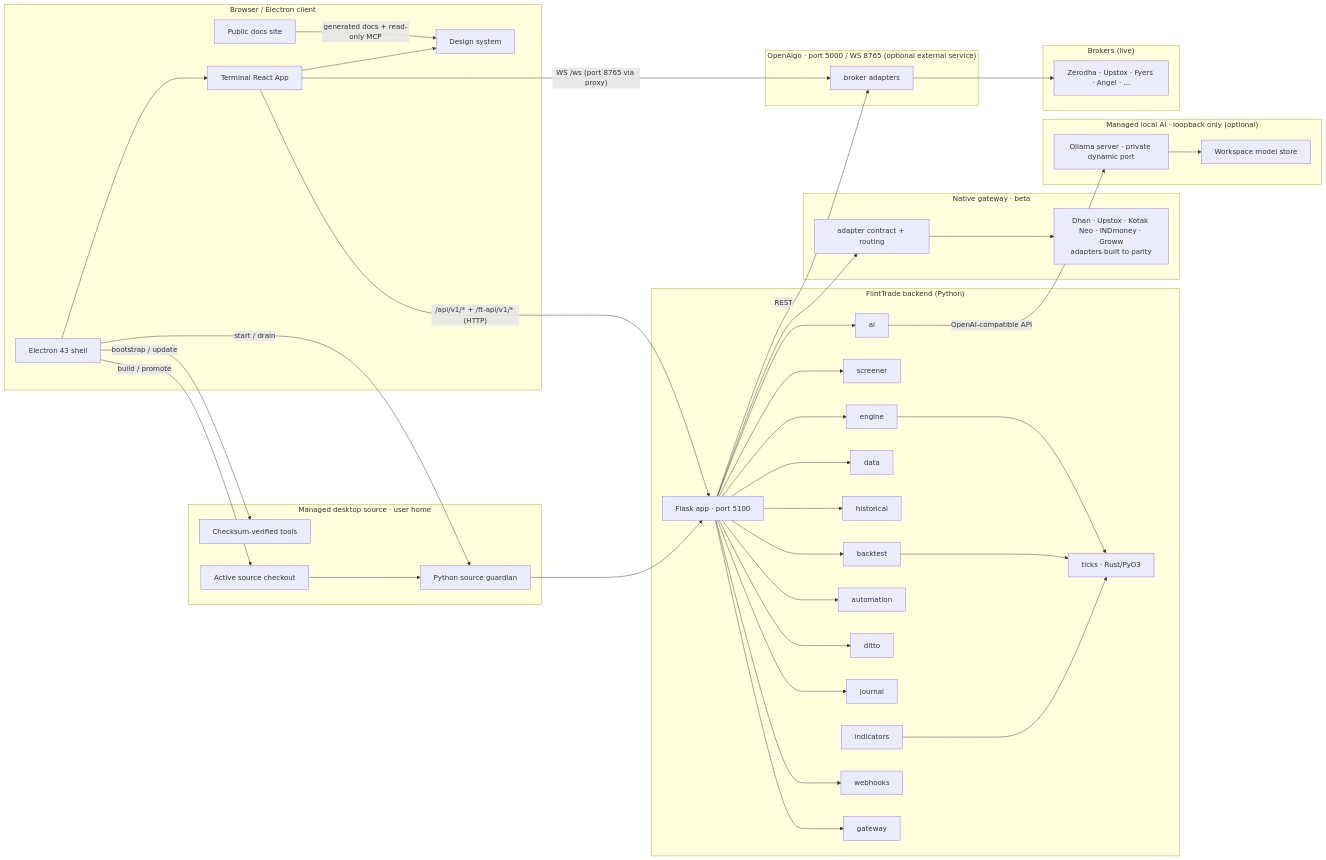
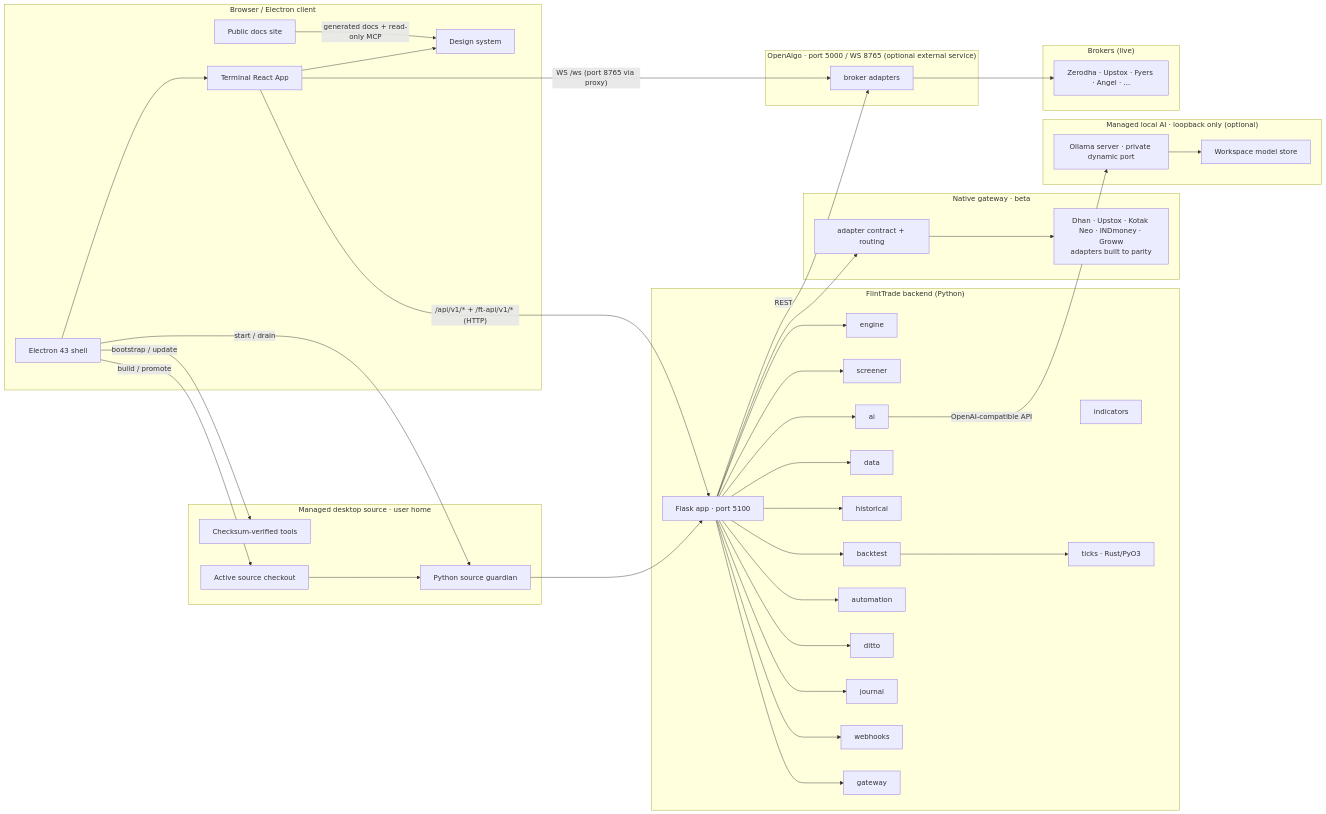
One commit to navaneeshnagarajan/FlintTrade changed the first of 5 diagrams in docs/ARCHITECTURE.md. Above: the diagram before and after it, drawn with Mermaid. The commit also changed other lines of this file and 6 other files, not shown here.

````diff
--- a/docs/ARCHITECTURE.md
+++ b/docs/ARCHITECTURE.md
@@ -18,81 +18,79 @@
 ```mermaid
 flowchart LR
     subgraph Clients["Browser / Electron client"]
         T[Terminal React App]
         DESKTOP[Electron 43 shell]
         SITE[Public docs site]
         DS[Design system]
         DESKTOP --> T
     end
 
     subgraph ManagedDesktop["Managed desktop source · user home"]
         TOOLS[Checksum-verified tools]
         SOURCE[Active source checkout]
         GUARDIAN[Python source guardian]
         DESKTOP -- "bootstrap / update" --> TOOLS
         DESKTOP -- "build / promote" --> SOURCE
         DESKTOP -- "start / drain" --> GUARDIAN
         SOURCE --> GUARDIAN
     end
 
     subgraph Backend["FlintTrade backend (Python)"]
         F[Flask app · port 5100]
         E[engine]
         S[screener]
         AI[ai]
         D[data]
         H[historical]
         BT[backtest]
         AUT[automation]
         DIT[ditto]
         JNL[journal]
         IND[indicators]
         ING[webhooks]
         GW[gateway]
         TICK[ticks · Rust/PyO3]
     end
 
     subgraph NativeGateway["Native gateway · beta"]
         NGA[adapter contract + routing]
         DHAN[Dhan · Upstox · Kotak Neo · INDmoney · Groww<br/>adapters built to parity]
     end
 
     subgraph OpenAlgo["OpenAlgo · port 5000 / WS 8765 (optional external service)"]
         OA[broker adapters]
     end
 
     subgraph LocalAI["Managed local AI · loopback only (optional)"]
         OLL[Ollama server · private dynamic port]
         MODELS[Workspace model store]
         OLL --> MODELS
     end
 
     subgraph Brokers["Brokers (live)"]
         B1[Zerodha · Upstox · Fyers · Angel · ...]
     end
 
     T -- "/api/v1/* + /ft-api/v1/* (HTTP)" --> F
     GUARDIAN --> F
     T -- "WS /ws (port 8765 via proxy)" --> OA
     SITE -- "generated docs + read-only MCP" --> DS
     T --> DS
     F --> E
     F --> S
     F --> AI
     AI -- "OpenAI-compatible API" --> OLL
     F --> D
     F --> H
     F --> BT
     F --> AUT
     F --> DIT
     F --> JNL
     F --> ING
     F --> GW
-    E --> TICK
     BT --> TICK
-    IND --> TICK
     F --> NGA
     NGA --> DHAN
     F -- "REST" --> OA
     OA --> B1
 ```
````
